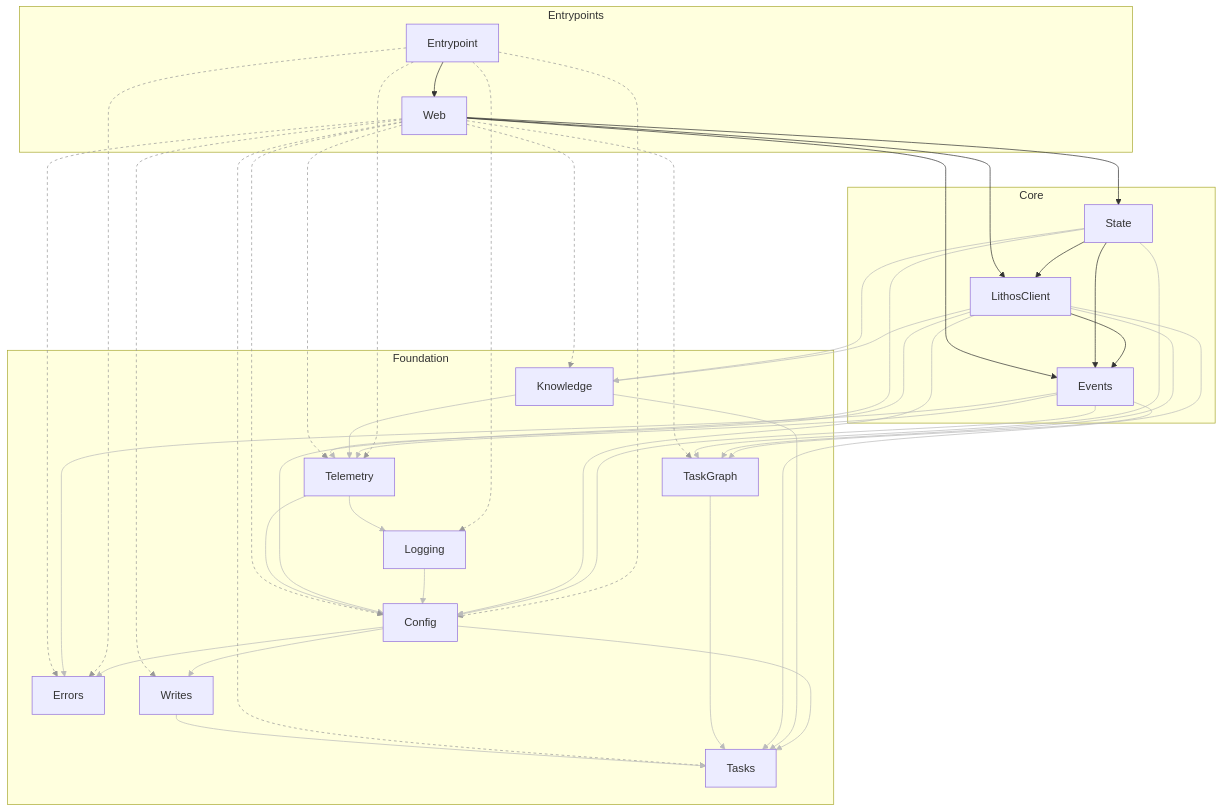
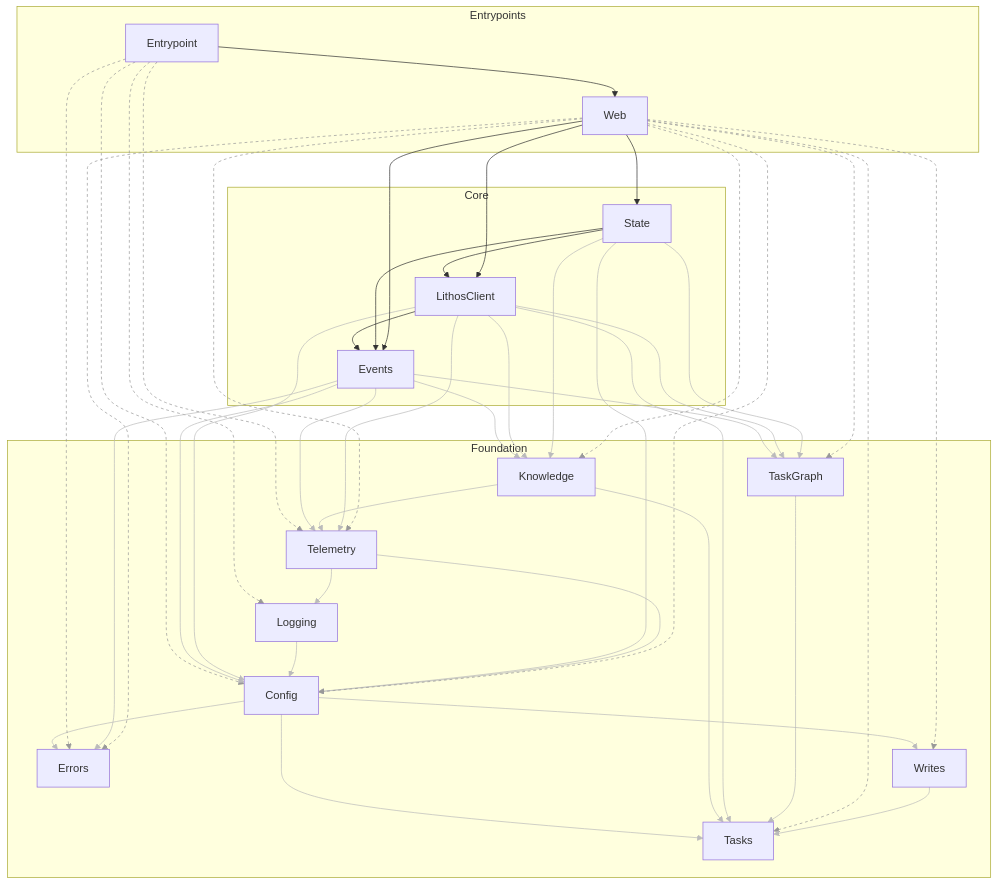
Before and after one commit to agent-lore/lithos-lens: the diagram in docs/generated/architecture.md, drawn with Mermaid. The commit also changed 25 other files, not shown here.

First line of the commit message:
K2-S7: Knowledge events — hub knowledge scope, GET /knowledge/events, snapshot and facts-c (#135)

````diff
--- a/docs/generated/architecture.md
+++ b/docs/generated/architecture.md
@@ -47,6 +47,7 @@
   Entrypoint --> Web
   Events --> Config
   Events --> Errors
+  Events --> Knowledge
   Events --> TaskGraph
   Events --> Telemetry
   Knowledge --> Tasks
@@ -91,23 +92,24 @@
   linkStyle 12 stroke:#bbb
   linkStyle 13 stroke:#bbb
   linkStyle 14 stroke:#bbb
-  linkStyle 16 stroke:#bbb
+  linkStyle 15 stroke:#bbb
   linkStyle 17 stroke:#bbb
   linkStyle 18 stroke:#bbb
   linkStyle 19 stroke:#bbb
   linkStyle 20 stroke:#bbb
   linkStyle 21 stroke:#bbb
-  linkStyle 23 stroke:#bbb
-  linkStyle 25 stroke:#bbb
+  linkStyle 22 stroke:#bbb
+  linkStyle 24 stroke:#bbb
   linkStyle 26 stroke:#bbb
   linkStyle 27 stroke:#bbb
   linkStyle 28 stroke:#bbb
-  linkStyle 29 stroke:#999,stroke-dasharray:4
+  linkStyle 29 stroke:#bbb
   linkStyle 30 stroke:#999,stroke-dasharray:4
-  linkStyle 32 stroke:#999,stroke-dasharray:4
-  linkStyle 35 stroke:#999,stroke-dasharray:4
+  linkStyle 31 stroke:#999,stroke-dasharray:4
+  linkStyle 33 stroke:#999,stroke-dasharray:4
   linkStyle 36 stroke:#999,stroke-dasharray:4
   linkStyle 37 stroke:#999,stroke-dasharray:4
   linkStyle 38 stroke:#999,stroke-dasharray:4
-  linkStyle 39 stroke:#bbb
+  linkStyle 39 stroke:#999,stroke-dasharray:4
+  linkStyle 40 stroke:#bbb
 ```
````
